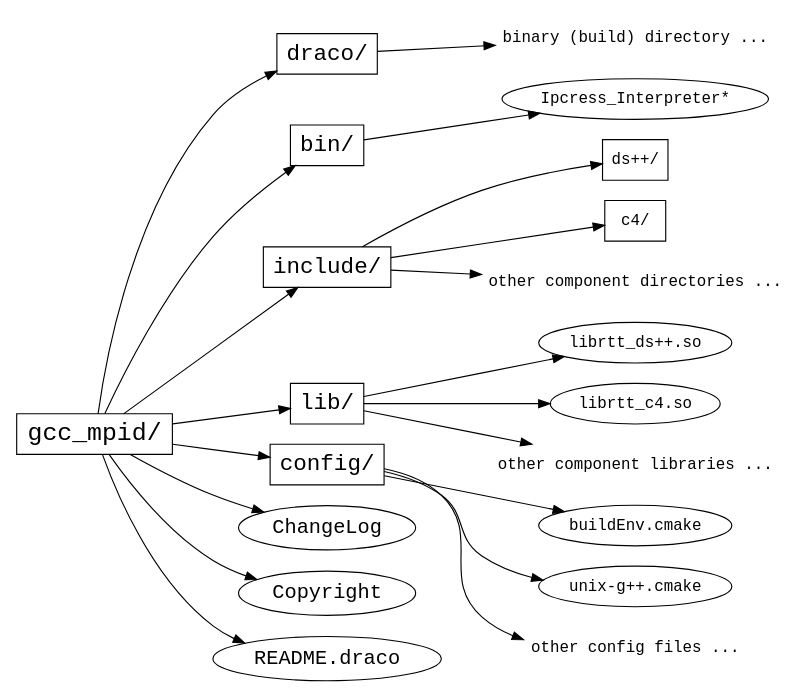
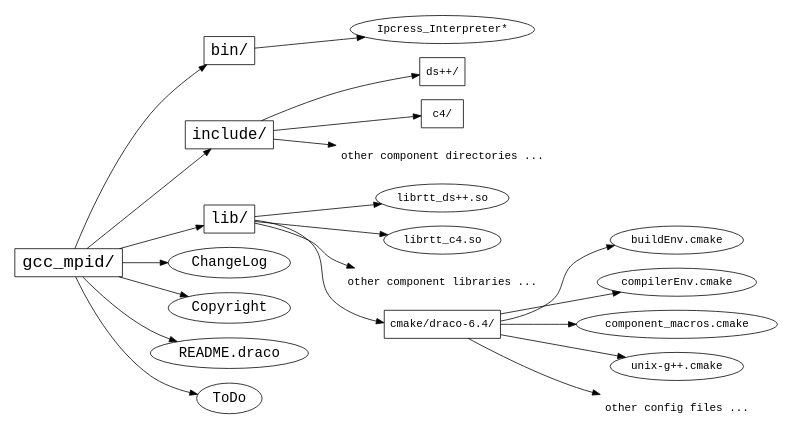
One commit to warsa/Draco changed the diagram in doc/build/fig/build_tree_post_install.dot. Above: the diagram before and after it, drawn with Graphviz. The commit also changed 5 other files, not shown here.

```diff
--- a/doc/build/fig/build_tree_post_install.dot
+++ b/doc/build/fig/build_tree_post_install.dot
@@ -1,100 +1,104 @@
 /* Time-stamp: <99/02/01 16:18:21 tme> */
 
 digraph build_tree {
   /* graph attributes */
     center=1;
     margin=".25,.25";
     size="6.5,9";
     rankdir=LR;
     
   /* main directories */
 
     node [fontname=Courier];
 
   /* .. level */
 
     gccmpid [label="gcc_mpid/", fontsize=22, shape=box];
     
   
   /* draco/ level */
     node [fontsize=18];
     {
 
   /* gcc_mpid level */
 
-    draco   [label="draco/", fontsize=20, shape=box];
+        /* draco   [label="draco/", fontsize=20, shape=box]; */
     bin     [label="bin/", fontsize=20, shape=box]; 
     include [label="include/", fontsize=20, shape=box]; 
     lib     [label="lib/", fontsize=20, shape=box]; 
-    config  [label="config/", fontsize=20, shape=box]; 
+    /* config  [label="config/", fontsize=20, shape=box]; */
 
     node       [shape=ellipse];
     tgt_cl     [label="ChangeLog"];
     tgt_cp     [label="Copyright"];
     tgt_read   [label="README.draco"];
+    tgt_todo   [label="ToDo"];
         
       /* directories */
         
       /*   node   [shape=box]; */
       /*   src    [label="src/"]; */
       /*   config [label="config/"]; */
       /*   testing [label="Testing/"]; */
       /*   cmakefiles [label="CMakeFiles/"]; */
 
       /* /\* files *\/ */
       /*   node       [shape=ellipse]; */
       /*   draco_make [label="Makefile"]; */
       /*   draco_cach [label="CMakeCache.txt"]; */
       /*   draco_cust [label="CTestCustom.cmake"]; */
       /*   draco_ctest [label="CTestTestfile.cmake"]; */
       /*   draco_dart [label="DartConfiguration.tcl"]; */
       /*   draco_install [label="cmake_install.cmake"]; */
       /*   draco_uninstall [label="cmake_uninstall.cmake"]; */
     }
     
   /* draco/<dir> */
     node [fontsize=14];
     {
         /* include */
         node   [shape=box]; 
         incl_dsxx_dir [label="ds++/"]; 
         incl_c4_dir   [label="c4/"]; 
         include_dirs  [label="other component directories ...", shape=plaintext];
 
         /* lib */
         node    [shape=ellipse];
         libdsxx [label="librtt_ds++.so"]; 
         libc4   [label="librtt_c4.so"]; 
         lib_files    [label="other component libraries ...", shape=plaintext];
-
-        /* config */
-        node    [shape=ellipse];
-        buildEnv [label="buildEnv.cmake"]; 
-        unixgxx  [label="unix-g++.cmake"]; 
-        config_files [label="other config files ...", shape=plaintext];
+        lib_cmake [label="cmake/draco-6.4/" shape=box];
+        
+        /* cmake/draco-6.4 */
+         node    [shape=ellipse];
+         buildEnv [label="buildEnv.cmake"]; 
+         compEnv  [label="compilerEnv.cmake"];
+         compMacros   [label="component_macros.cmake"];
+         unixgxx  [label="unix-g++.cmake"];
+         config_files [label="other config files ...", shape=plaintext];
 
         /* draco build directory */
-        binary_dir [label="binary (build) directory ...", shape=plaintext];
+        /* binary_dir [label="binary (build) directory ...", shape=plaintext]; */
 
         /* bin */
         node    [shape=ellipse];
         ip_int [label="Ipcress_Interpreter*"]; 
         
     }
     
   /* tree */
 
-    gccmpid -> {draco include lib bin config
-            tgt_cl tgt_cp tgt_read};
-    draco   -> { binary_dir };
+    gccmpid -> { include lib bin tgt_cl tgt_cp tgt_read tgt_todo};
+    /* draco   -> { binary_dir }; */
     include -> { incl_dsxx_dir incl_c4_dir include_dirs };
-    lib     -> { libdsxx libc4 lib_files };
-    config  -> { buildEnv unixgxx config_files };
+    lib     -> { lib_cmake libdsxx libc4 lib_files };
+    /* config  -> { buildEnv unixgxx config_files }; */
+    lib_cmake -> { buildEnv unixgxx compEnv compMacros config_files };
     bin     -> { ip_int };
     /* draco  -> {src config testing cmakefiles
             draco_make draco_cach draco_cust draco_ctest draco_dart
             draco_install draco_uninstall}; */
     /* src -> {src_cmfiles src_m src_install src_ctest src_files}; */
     /* config -> {config_cmfiles config_m config_install config_ctest}; */
     /* testing -> {test_temp}; */
 }
```
